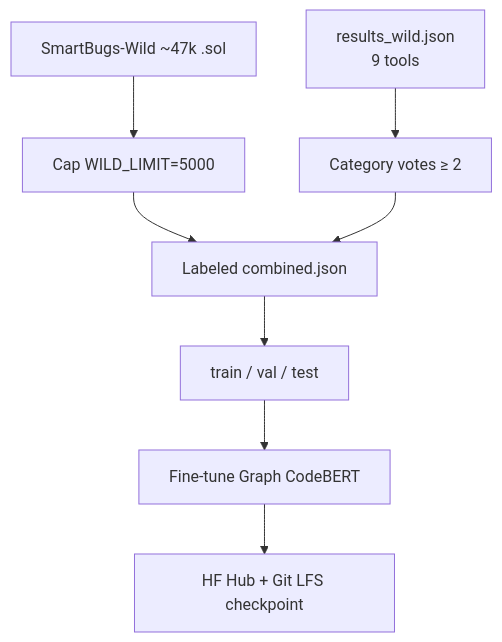
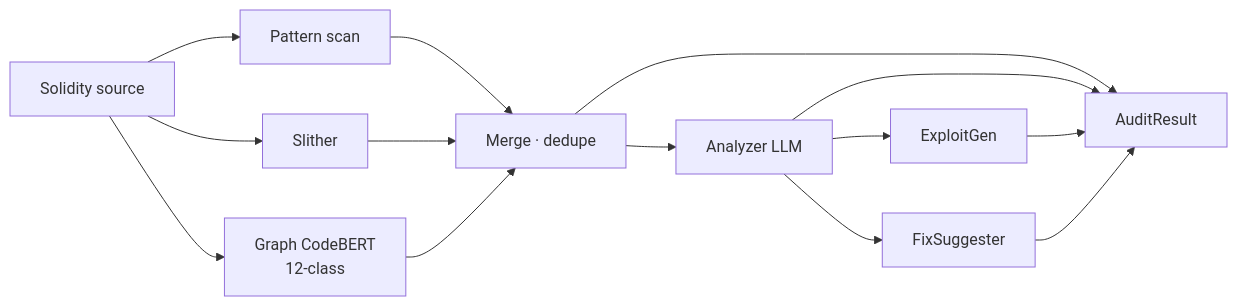
Before and after one commit to tanaymitra54/solidity_guard_razorpay: the seventh of 13 diagrams in README.md, drawn with Mermaid. The commit also changed other lines of this file, not shown here.

First line of the commit message:
docs: prize-style README with charts and architecture diagrams

````diff
--- a/README.md
+++ b/README.md
@@ -273,10 +207,16 @@
 ```mermaid
-flowchart TD
-    W[SmartBugs-Wild ~47k .sol] --> CAP[Cap WILD_LIMIT=5000]
-    META[results_wild.json<br/>9 tools] --> VOTE[Category votes ≥ 2]
-    CAP --> MERGE[Labeled combined.json]
-    VOTE --> MERGE
-    MERGE --> SPLIT[train / val / test]
-    SPLIT --> FT[Fine-tune Graph CodeBERT]
-    FT --> HUB[HF Hub + Git LFS checkpoint]
+flowchart LR
+    SOL[Solidity source] --> P[Pattern scan]
+    SOL --> SL[Slither]
+    SOL --> GCB[Graph CodeBERT<br/>12-class]
+    P --> M[Merge · dedupe]
+    SL --> M
+    GCB --> M
+    M --> AN[Analyzer LLM]
+    AN --> EX[ExploitGen]
+    AN --> FX[FixSuggester]
+    M --> OUT[AuditResult]
+    AN --> OUT
+    EX --> OUT
+    FX --> OUT
 ```
````
